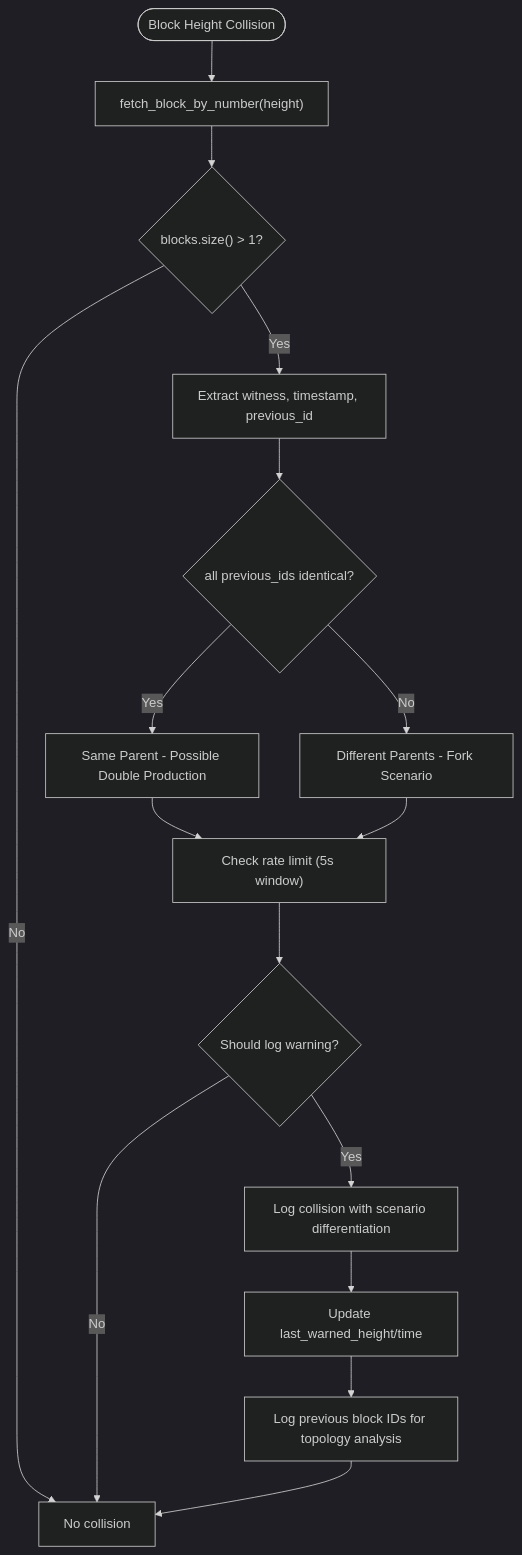
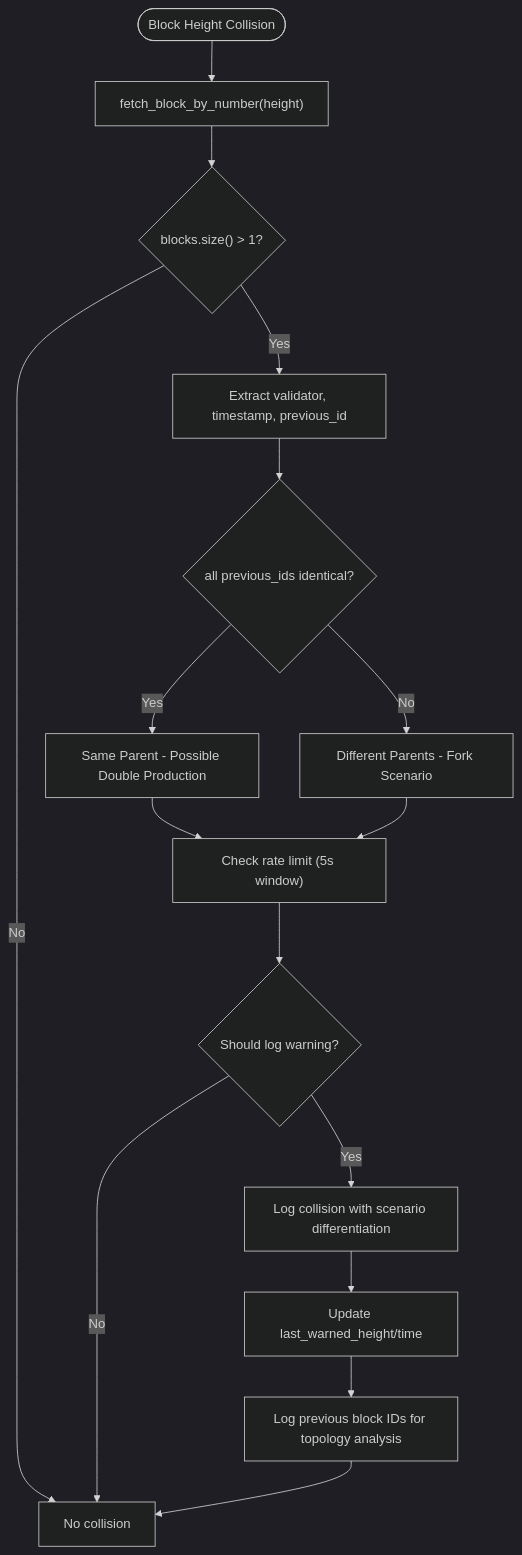
Before and after one commit to VIZ-Blockchain/viz-cpp-node: diagram 17 of 29 in .qoder/repowiki/en/content/Architecture Overview/Core Libraries/Chain Library/Database Management/Database Management.md, drawn with Mermaid (dark theme). The commit also changed other lines of this file and 88 other files, not shown here.

First line of the commit message:
docs(validator): rename witness to validator throughout documentation

````diff
--- a/.qoder/repowiki/en/content/Architecture Overview/Core Libraries/Chain Library/Database Management/Database Management.md
+++ b/.qoder/repowiki/en/content/Architecture Overview/Core Libraries/Chain Library/Database Management/Database Management.md
@@ -1028,18 +1028,18 @@
 ```mermaid
 flowchart TD
 Start(["Block Height Collision"]) --> FetchBlocks["fetch_block_by_number(height)"]
 FetchBlocks --> CheckSize{"blocks.size() > 1?"}
 CheckSize --> |No| Return["No collision"]
-CheckSize --> |Yes| ExtractInfo["Extract witness, timestamp, previous_id"]
+CheckSize --> |Yes| ExtractInfo["Extract validator, timestamp, previous_id"]
 ExtractInfo --> SameParent{"all previous_ids identical?"}
 SameParent --> |Yes| DoubleProd["Same Parent - Possible Double Production"]
 SameParent --> |No| ForkScenario["Different Parents - Fork Scenario"]
 DoubleProd --> RateLimit["Check rate limit (5s window)"]
 ForkScenario --> RateLimit
 RateLimit --> ShouldLog{"Should log warning?"}
 ShouldLog --> |No| Return
 ShouldLog --> |Yes| LogWarning["Log collision with scenario differentiation"]
 LogWarning --> UpdateState["Update last_warned_height/time"]
 UpdateState --> LogParents["Log previous block IDs for topology analysis"]
 LogParents --> Return
 ```
````
